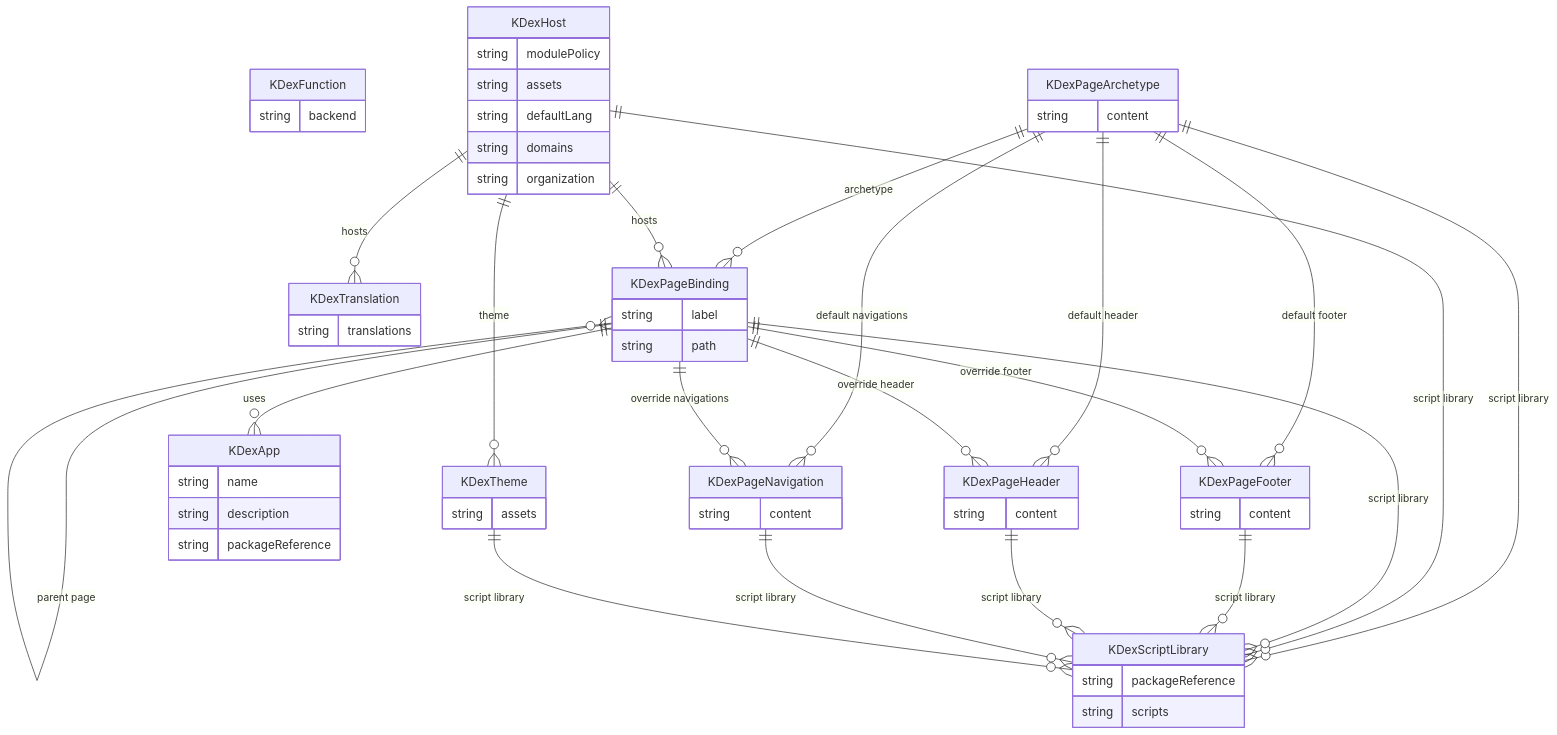
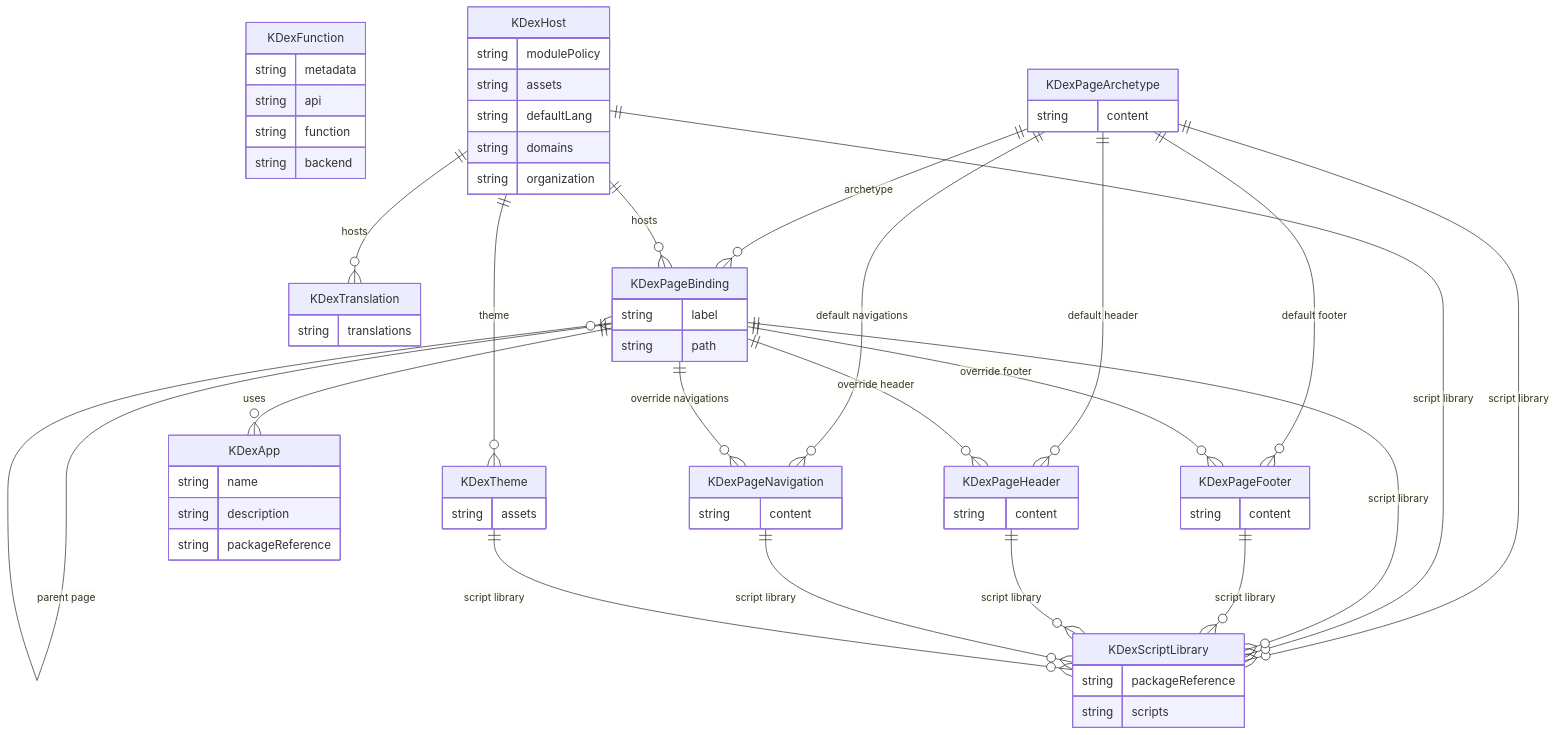
Before and after one commit to kdex-tech/kdex-crds: the diagram in CRD_RELATIONSHIPS.md, drawn with Mermaid.

Commit message:
update fields in relationship diagram

````diff
--- a/CRD_RELATIONSHIPS.md
+++ b/CRD_RELATIONSHIPS.md
@@ -5,6 +5,9 @@
 ```mermaid
 erDiagram
     KDexFunction {
+        string metadata
+        string api
+        string function
         string backend
     }
 
````
